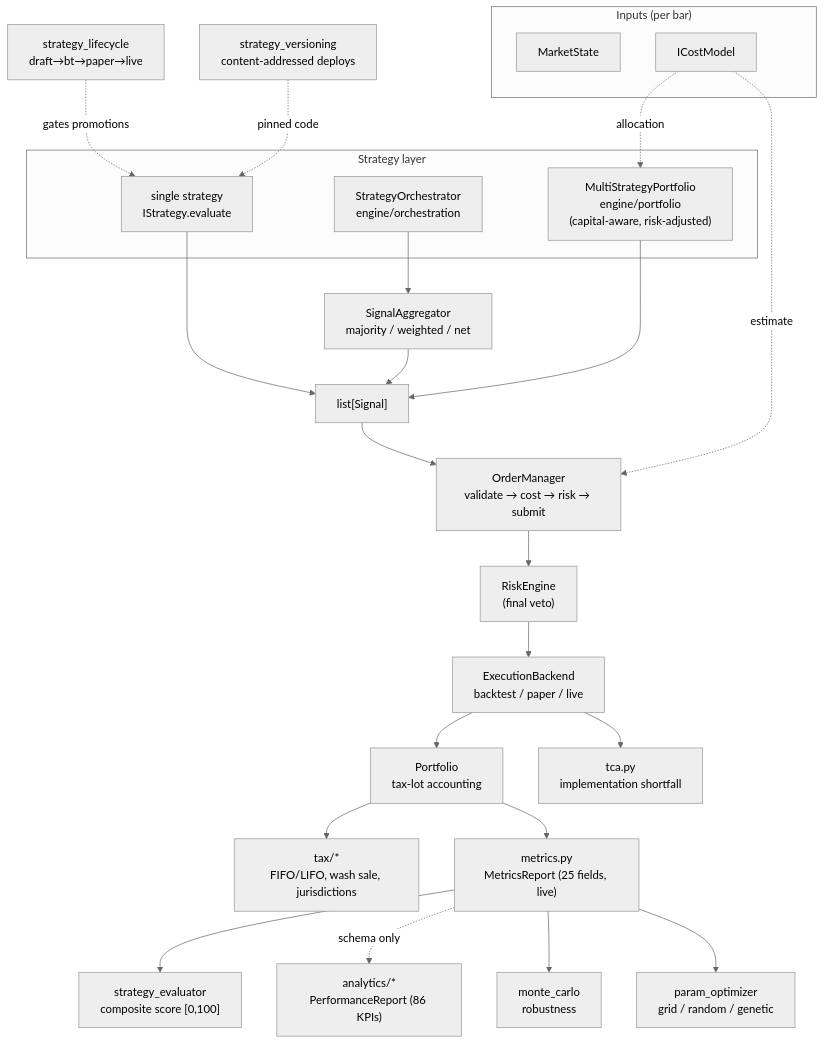
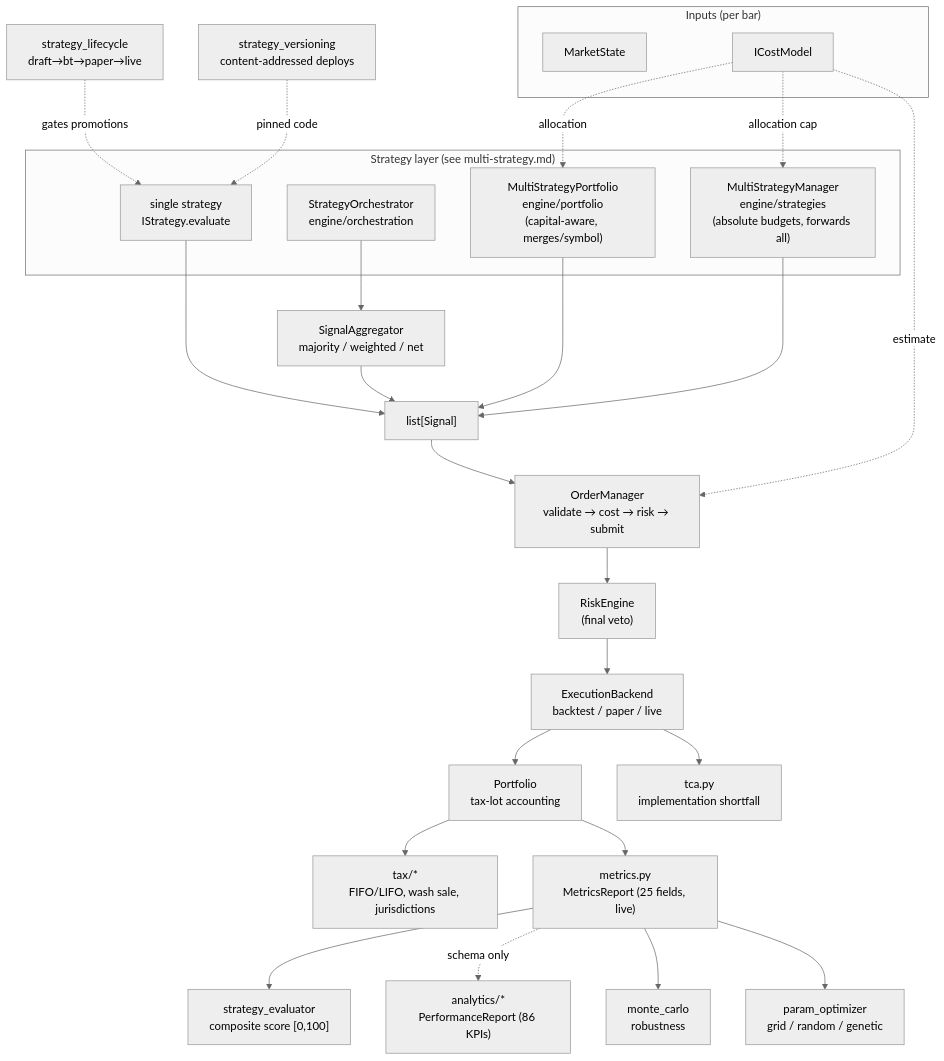
The diagram in docs/architecture/core-domains.md (SevFle/nexus-trade-engine), drawn with Mermaid (neutral theme) before and after one commit. The commit also changed other lines of this file and 52 other files, not shown here.

First line of the commit message:
fix(multi-manager): resolve review findings in strategy validation

````diff
--- a/docs/architecture/core-domains.md
+++ b/docs/architecture/core-domains.md
@@ -21,38 +21,41 @@
 ```mermaid
 flowchart TD
     subgraph input["Inputs (per bar)"]
         MKT["MarketState"]
         COST["ICostModel"]
     end
 
-    subgraph strat["Strategy layer"]
+    subgraph strat["Strategy layer (see multi-strategy.md)"]
         ONE["single strategy<br/>IStrategy.evaluate"]
         MANY["StrategyOrchestrator<br/>engine/orchestration"]
-        PORTF["MultiStrategyPortfolio<br/>engine/portfolio<br/>(capital-aware, risk-adjusted)"]
+        PORTF["MultiStrategyPortfolio<br/>engine/portfolio<br/>(capital-aware, merges/symbol)"]
+        MGR["MultiStrategyManager<br/>engine/strategies<br/>(absolute budgets, forwards all)"]
     end
 
     ONE --> SIG["list[Signal]"]
     MANY --> AGG["SignalAggregator<br/>majority / weighted / net"]
     AGG --> SIG
     PORTF --> SIG
+    MGR --> SIG
     COST -.->|allocation| PORTF
+    COST -.->|allocation cap| MGR
 
     SIG --> OM["OrderManager<br/>validate → cost → risk → submit"]
     COST -.->|estimate| OM
     OM --> RISK["RiskEngine<br/>(final veto)"]
     RISK --> EXEC["ExecutionBackend<br/>backtest / paper / live"]
     EXEC --> PORT["Portfolio<br/>tax-lot accounting"]
     PORT --> TAX["tax/*<br/>FIFO/LIFO, wash sale, jurisdictions"]
     EXEC --> TCA["tca.py<br/>implementation shortfall"]
 
     PORT --> MET["metrics.py<br/>MetricsReport (25 fields, live)"]
     MET --> EVAL["strategy_evaluator<br/>composite score [0,100]"]
     MET -.->|schema only| REPORT["analytics/*<br/>PerformanceReport (86 KPIs)"]
     MET --> MC["monte_carlo<br/>robustness"]
     MET --> OPT["param_optimizer<br/>grid / random / genetic"]
 
     GOV["strategy_lifecycle<br/>draft→bt→paper→live"]
     VER["strategy_versioning<br/>content-addressed deploys"]
     GOV -.->|gates promotions| ONE
     VER -.->|pinned code| ONE
 ```
````
